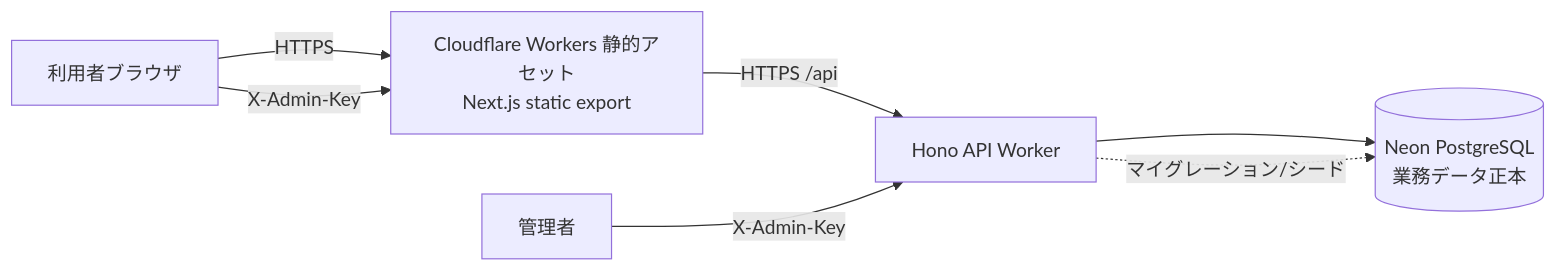
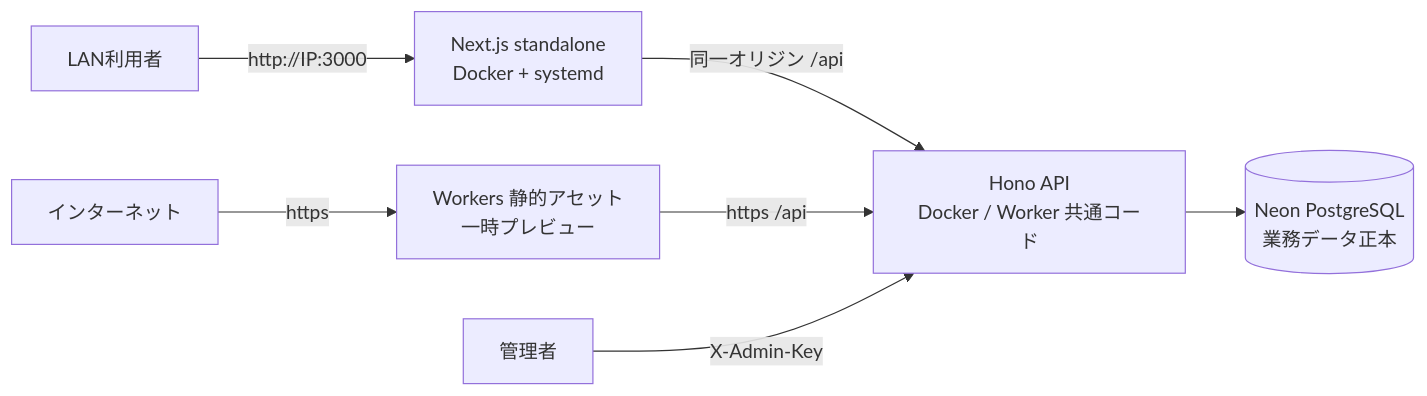
Before and after one commit to Kensan196948G/Civil-Cost-Index-Dashboard: the first of 2 diagrams in README.md, drawn with Mermaid. The commit also changed other lines of this file and 11 other files, not shown here.

````diff
--- a/README.md
+++ b/README.md
@@ -50,9 +62,9 @@
 ```mermaid
 flowchart LR
-    U[利用者ブラウザ] -->|HTTPS| W[Cloudflare Workers 静的アセット<br/>Next.js static export]
-    W -->|HTTPS /api| A[Hono API Worker]
+    U1[LAN利用者] -->|http://IP:3000| W1[Next.js standalone<br/>Docker + systemd]
+    U2[インターネット] -->|https| W2[Workers 静的アセット<br/>一時プレビュー]
+    W1 -->|同一オリジン /api| A[Hono API<br/>Docker / Worker 共通コード]
+    W2 -->|https /api| A
     A --> DB[(Neon PostgreSQL<br/>業務データ正本)]
-    A -. マイグレーション/シード .-> DB
     ADMIN[管理者] -->|X-Admin-Key| A
-    U -->|X-Admin-Key| W
 ```
````
